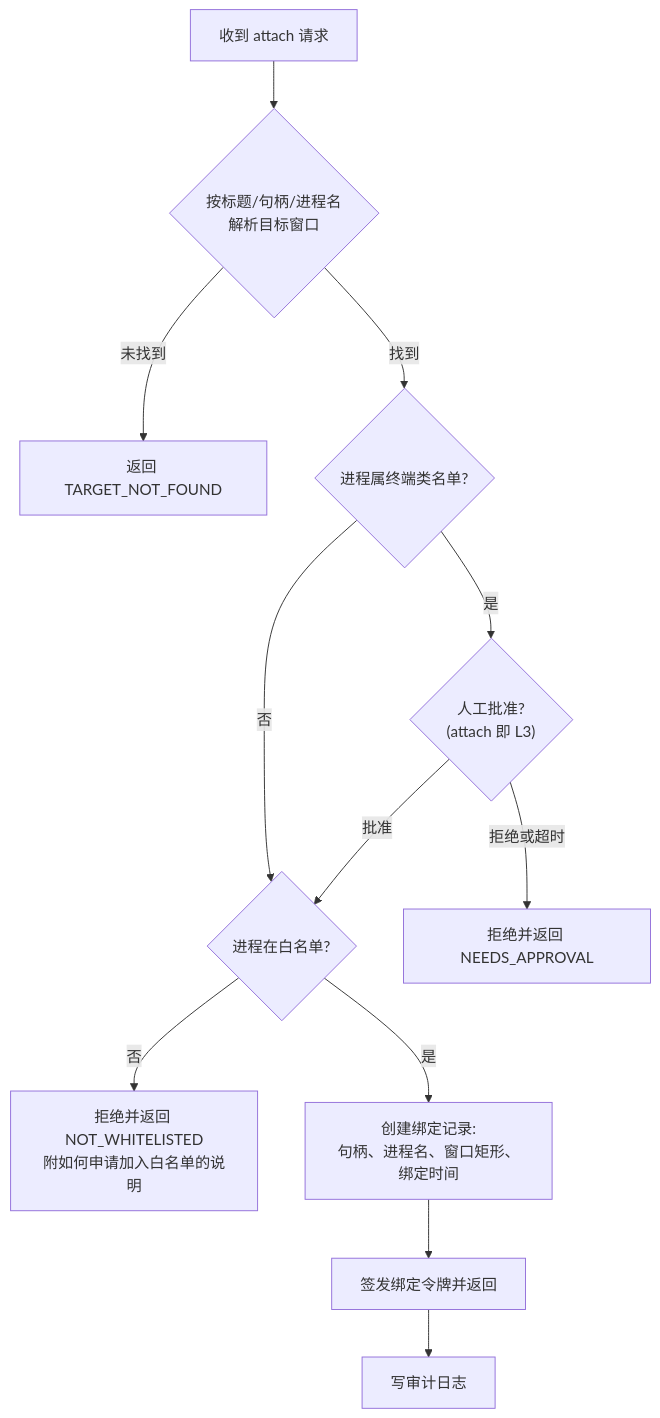
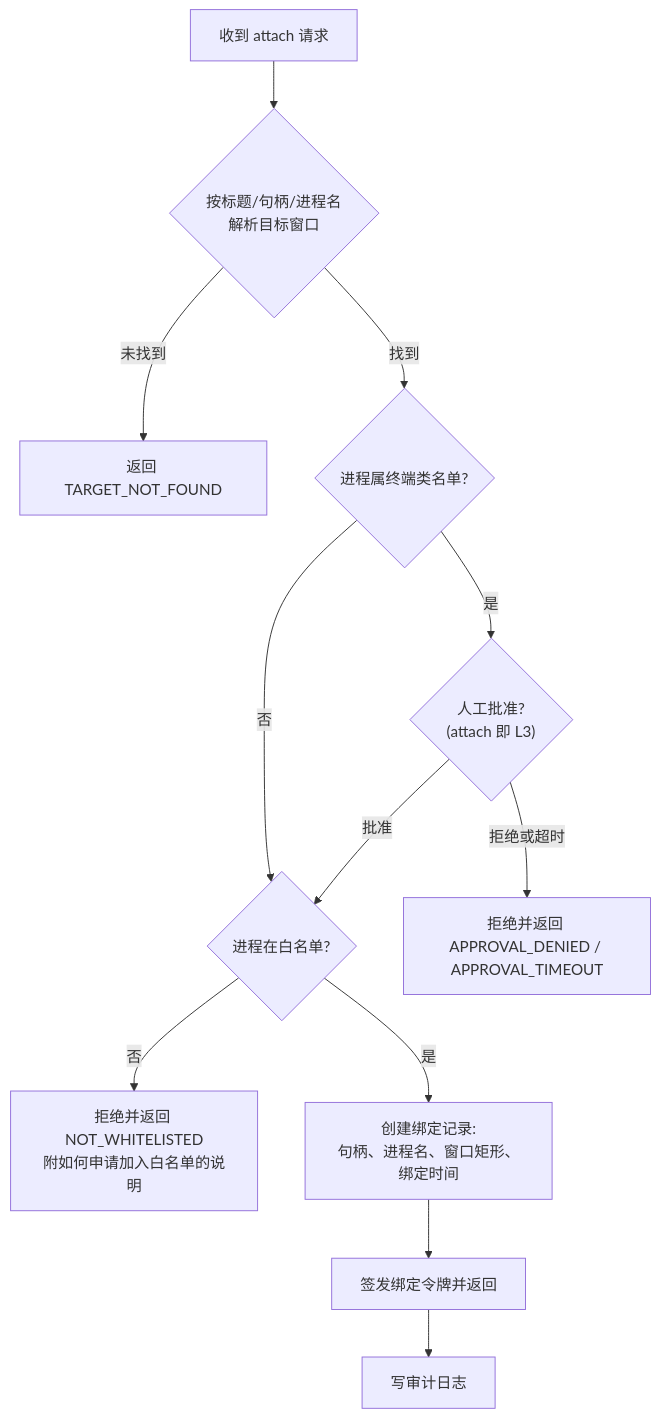
The third of 10 diagrams in docs/功能设计说明书.md (Ddfang-sdf/deskpilot), drawn with Mermaid before and after one commit. The commit also changed other lines of this file and 26 other files, not shown here.

````diff
--- a/docs/功能设计说明书.md
+++ b/docs/功能设计说明书.md
@@ -157,14 +157,14 @@
 ```mermaid
 flowchart TD
     A["收到 attach 请求"] --> B{"按标题/句柄/进程名<br/>解析目标窗口"}
     B -->|"未找到"| R1["返回 TARGET_NOT_FOUND"]
     B -->|"找到"| C{"进程属终端类名单?"}
     C -->|"是"| L3{"人工批准?<br/>(attach 即 L3)"}
     C -->|"否"| D{"进程在白名单?"}
     L3 -->|"批准"| D
-    L3 -->|"拒绝或超时"| R2["拒绝并返回 NEEDS_APPROVAL"]
+    L3 -->|"拒绝或超时"| R2["拒绝并返回 APPROVAL_DENIED / APPROVAL_TIMEOUT"]
     D -->|"否"| R3["拒绝并返回 NOT_WHITELISTED<br/>附如何申请加入白名单的说明"]
     D -->|"是"| E["创建绑定记录:<br/>句柄、进程名、窗口矩形、绑定时间"]
     E --> F["签发绑定令牌并返回"]
     F --> G["写审计日志"]
 ```
````
